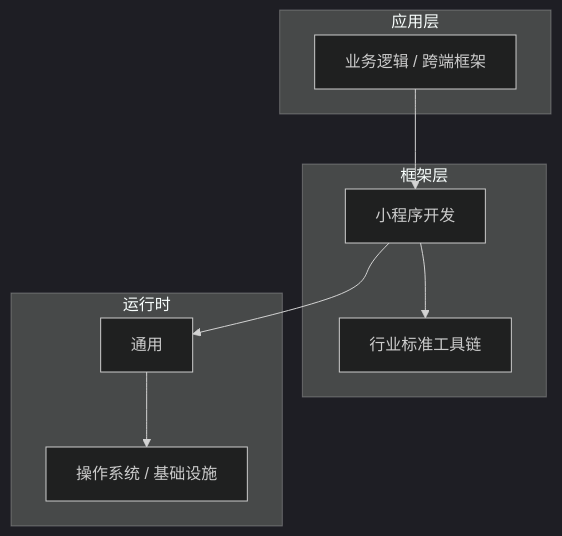
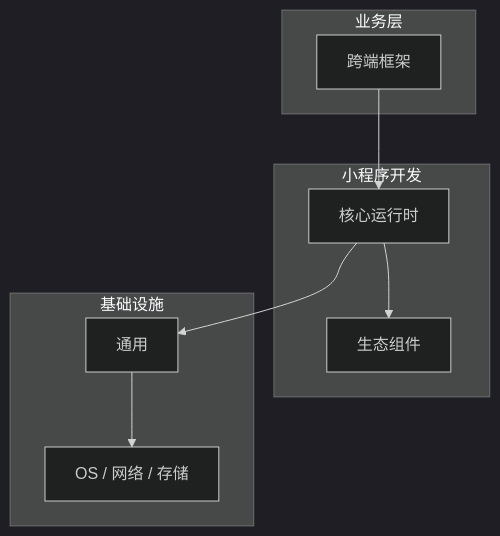
The diagram in articles/小程序开发/chapters/069-跨端框架核心概念与原理.md (yanggan2015/knowledge-json-v2), drawn with Mermaid (dark theme) before and after one commit. The commit also changed other lines of this file and 10127 other files, not shown here.

````diff
--- a/articles/小程序开发/chapters/069-跨端框架核心概念与原理.md
+++ b/articles/小程序开发/chapters/069-跨端框架核心概念与原理.md
@@ -45,18 +34,18 @@
 ```mermaid
 graph TB
-    subgraph 应用层
-        A[业务逻辑 / 跨端框架]
+    subgraph 业务层
+        A[跨端框架]
     end
-    subgraph 框架层
-        B[小程序开发]
-        C[行业标准工具链]
+    subgraph 小程序开发
+        B[核心运行时]
+        C[生态组件]
     end
-    subgraph 运行时
+    subgraph 基础设施
         D[通用]
-        E[操作系统 / 基础设施]
+        E[OS / 网络 / 存储]
     end
     A --> B
     B --> C
     B --> D
     D --> E
 ```
````
